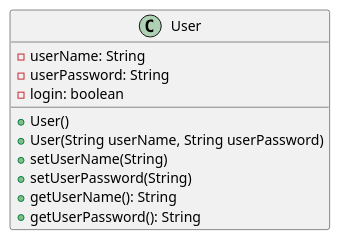
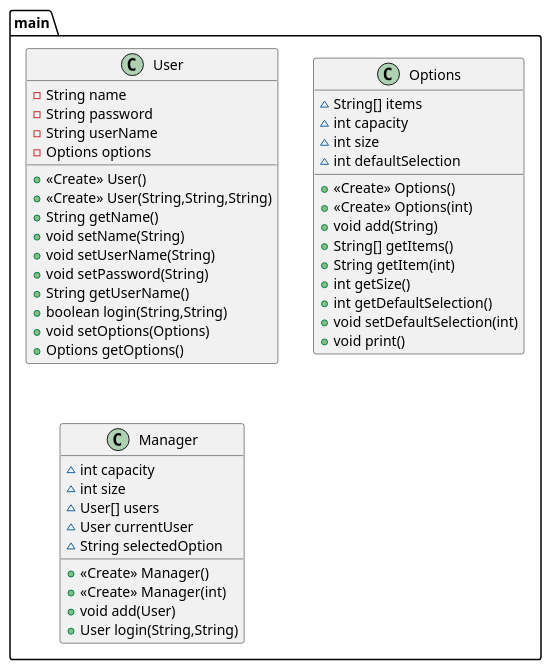
The diagram in ejercicios/entregas/paulaDiestro/EX002UserManagement/docs/EX002UserManagement.puml (mmasias/progra2-22-23), drawn with PlantUML before and after one commit. The commit also changed 15 other files, not shown here.

```diff
--- a/ejercicios/entregas/paulaDiestro/EX002UserManagement/docs/EX002UserManagement.puml
+++ b/ejercicios/entregas/paulaDiestro/EX002UserManagement/docs/EX002UserManagement.puml
@@ -1,15 +1,47 @@
 @startuml
-class User{
-- userName: String
-- userPassword: String
-- login: boolean
+class main.User {
+- String name
+- String password
+- String userName
+- Options options
++ <<Create>> User()
++ <<Create>> User(String,String,String)
++ String getName()
++ void setName(String)
++ void setUserName(String)
++ void setPassword(String)
++ String getUserName()
++ boolean login(String,String)
++ void setOptions(Options)
++ Options getOptions()
+}
 
-+ User()
-+ User(String userName, String userPassword)
-+ setUserName(String)
-+ setUserPassword(String)
-+ getUserName(): String
-+ getUserPassword(): String
+class main.Options {
+~ String[] items
+~ int capacity
+~ int size
+~ int defaultSelection
++ <<Create>> Options()
++ <<Create>> Options(int)
++ void add(String)
++ String[] getItems()
++ String getItem(int)
++ int getSize()
++ int getDefaultSelection()
++ void setDefaultSelection(int)
++ void print()
+}
+
+class main.Manager {
+~ int capacity
+~ int size
+~ User[] users
+~ User currentUser
+~ String selectedOption
++ <<Create>> Manager()
++ <<Create>> Manager(int)
++ void add(User)
++ User login(String,String)
 }
 
 @enduml
```
